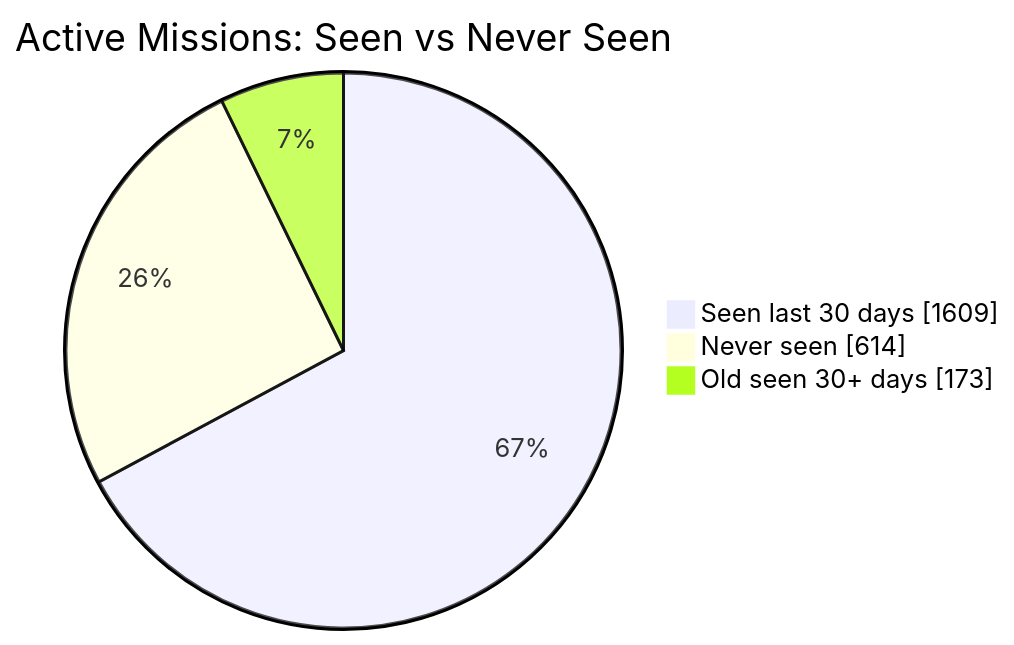
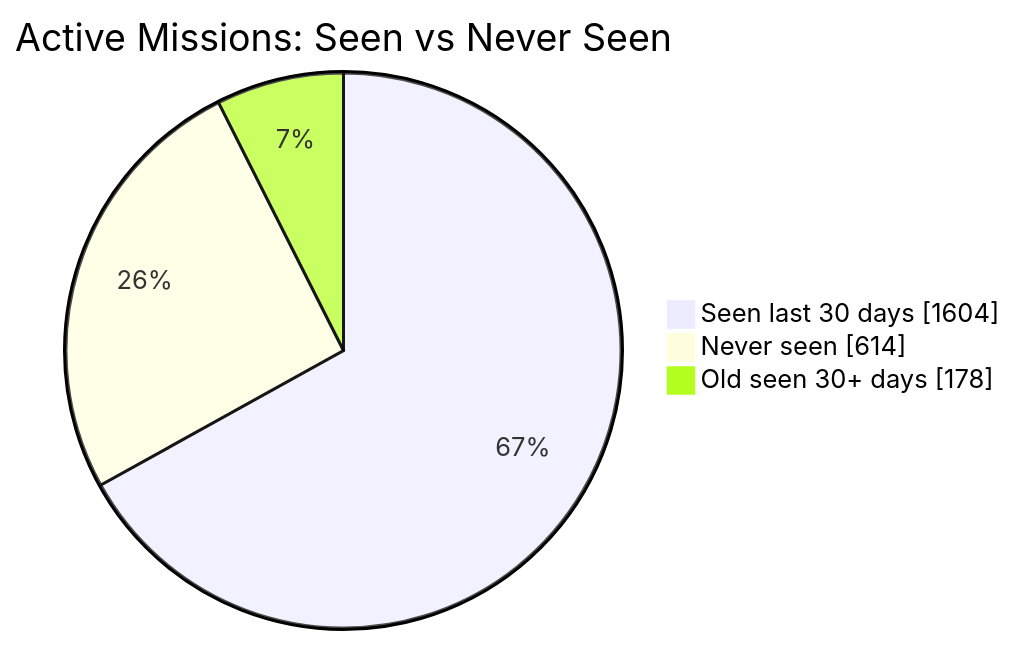
Before and after one commit to MeldkamerspelGameTeam/active-missions: the first of 2 diagrams in README.md, drawn with Mermaid. The commit also changed other lines of this file and 3 other files, not shown here.

````diff
--- a/README.md
+++ b/README.md
@@ -34,7 +34,7 @@
 ```mermaid
 pie showData
     title Active Missions: Seen vs Never Seen
-    "Seen last 30 days" : 1609
+    "Seen last 30 days" : 1604
     "Never seen" : 614
-    "Old seen 30+ days" : 173
+    "Old seen 30+ days" : 178
 ```
````
